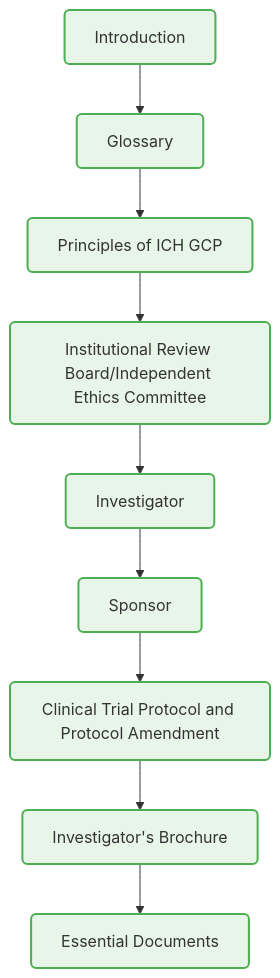
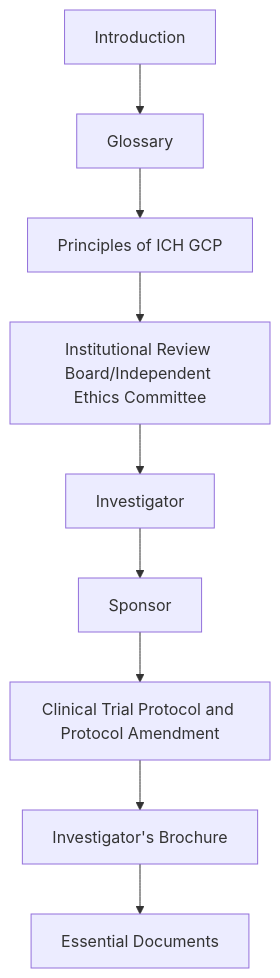
One commit to ehap-pop0/CourseSummarizer changed the second of 4 diagrams in course2/module9_ich_gcp.md. Above: the diagram before and after it, drawn with Mermaid. The commit also changed other lines of this file, not shown here.

````diff
--- a/course2/module9_ich_gcp.md
+++ b/course2/module9_ich_gcp.md
@@ -73,15 +73,13 @@
 ```mermaid
 flowchart TD
     A[Introduction] --> B[Glossary]
     B --> C[Principles of ICH GCP]
     C --> D[Institutional Review Board/Independent Ethics Committee]
     D --> E[Investigator]
     E --> F[Sponsor]
     F --> G[Clinical Trial Protocol and Protocol Amendment]
     G --> H[Investigator's Brochure]
     H --> I[Essential Documents]
 
-    classDef sections fill:#e8f5e9,stroke:#4caf50,stroke-width:2px,rx:5px,ry:5px;
-    class A,B,C,D,E,F,G,H,I sections;
-
+    
 ```
````
